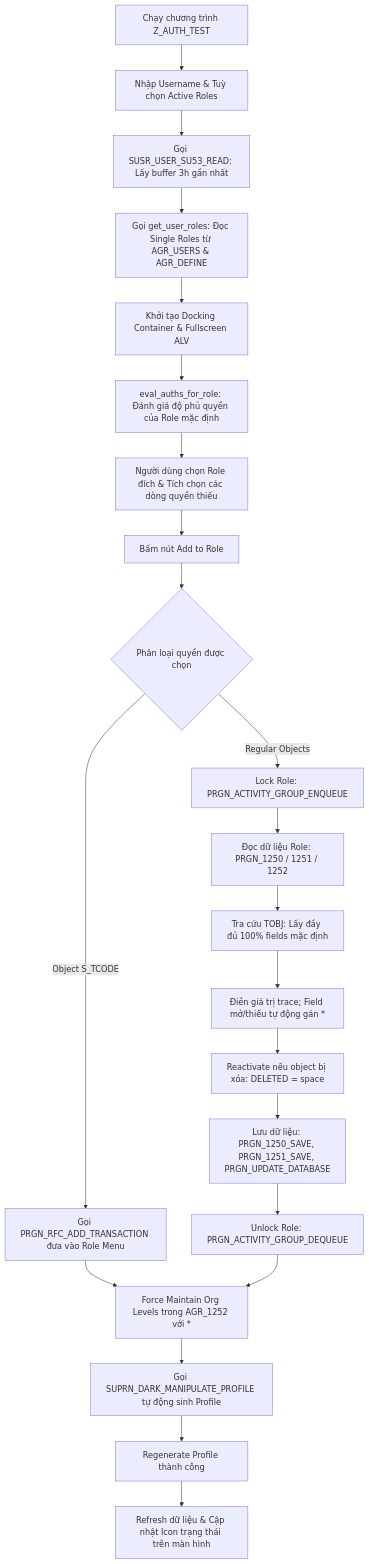
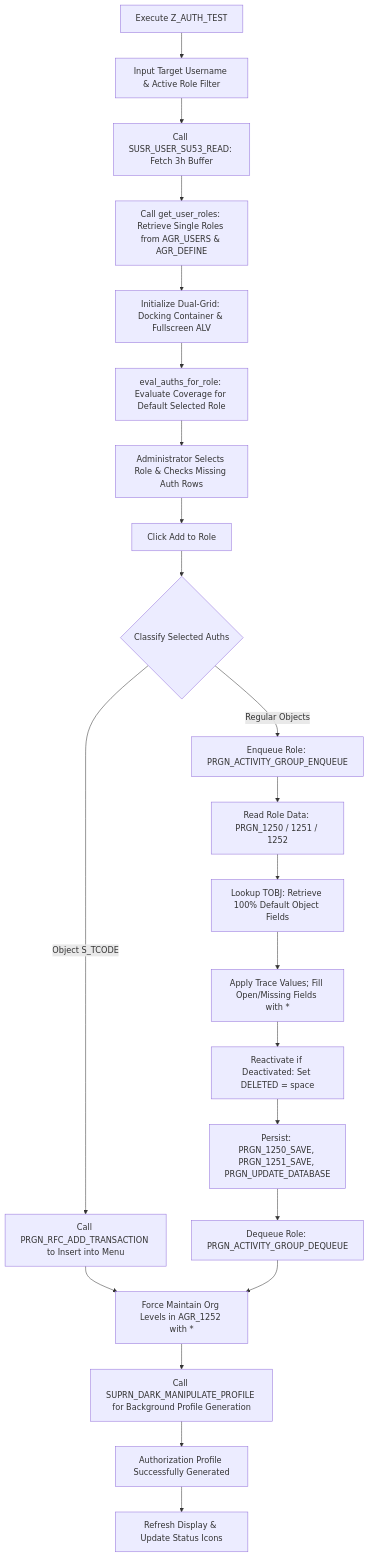
Before and after one commit to luongdk18/SAPABAP: the diagram in docs/Z_AUTH_TEST.md, drawn with Mermaid. The commit also changed other lines of this file and 2 other files, not shown here.

````diff
--- a/docs/Z_AUTH_TEST.md
+++ b/docs/Z_AUTH_TEST.md
@@ -87,24 +88,24 @@
 ```mermaid
 flowchart TD
-    A["Chạy chương trình Z_AUTH_TEST"] --> B["Nhập Username & Tuỳ chọn Active Roles"]
-    B --> C["Gọi SUSR_USER_SU53_READ: Lấy buffer 3h gần nhất"]
-    C --> D["Gọi get_user_roles: Đọc Single Roles từ AGR_USERS & AGR_DEFINE"]
-    D --> E["Khởi tạo Docking Container & Fullscreen ALV"]
-    E --> F["eval_auths_for_role: Đánh giá độ phủ quyền của Role mặc định"]
-    F --> G["Người dùng chọn Role đích & Tích chọn các dòng quyền thiếu"]
-    G --> H["Bấm nút Add to Role"]
-    H --> I{"Phân loại quyền được chọn"}
-    I -->|Object S_TCODE| J["Gọi PRGN_RFC_ADD_TRANSACTION đưa vào Role Menu"]
-    I -->|Regular Objects| K["Lock Role: PRGN_ACTIVITY_GROUP_ENQUEUE"]
-    K --> L["Đọc dữ liệu Role: PRGN_1250 / 1251 / 1252"]
-    L --> M["Tra cứu TOBJ: Lấy đầy đủ 100% fields mặc định"]
-    M --> N["Điền giá trị trace; Field mở/thiếu tự động gán *"]
-    N --> O["Reactivate nếu object bị xóa: DELETED = space"]
-    O --> P["Lưu dữ liệu: PRGN_1250_SAVE, PRGN_1251_SAVE, PRGN_UPDATE_DATABASE"]
-    P --> Q["Unlock Role: PRGN_ACTIVITY_GROUP_DEQUEUE"]
-    J --> R["Force Maintain Org Levels trong AGR_1252 với *"]
+    A["Execute Z_AUTH_TEST"] --> B["Input Target Username & Active Role Filter"]
+    B --> C["Call SUSR_USER_SU53_READ: Fetch 3h Buffer"]
+    C --> D["Call get_user_roles: Retrieve Single Roles from AGR_USERS & AGR_DEFINE"]
+    D --> E["Initialize Dual-Grid: Docking Container & Fullscreen ALV"]
+    E --> F["eval_auths_for_role: Evaluate Coverage for Default Selected Role"]
+    F --> G["Administrator Selects Role & Checks Missing Auth Rows"]
+    G --> H["Click Add to Role"]
+    H --> I{"Classify Selected Auths"}
+    I -->|Object S_TCODE| J["Call PRGN_RFC_ADD_TRANSACTION to Insert into Menu"]
+    I -->|Regular Objects| K["Enqueue Role: PRGN_ACTIVITY_GROUP_ENQUEUE"]
+    K --> L["Read Role Data: PRGN_1250 / 1251 / 1252"]
+    L --> M["Lookup TOBJ: Retrieve 100% Default Object Fields"]
+    M --> N["Apply Trace Values; Fill Open/Missing Fields with *"]
+    N --> O["Reactivate if Deactivated: Set DELETED = space"]
+    O --> P["Persist: PRGN_1250_SAVE, PRGN_1251_SAVE, PRGN_UPDATE_DATABASE"]
+    P --> Q["Dequeue Role: PRGN_ACTIVITY_GROUP_DEQUEUE"]
+    J --> R["Force Maintain Org Levels in AGR_1252 with *"]
     Q --> R
-    R --> S["Gọi SUPRN_DARK_MANIPULATE_PROFILE tự động sinh Profile"]
-    S --> T["Regenerate Profile thành công"]
-    T --> U["Refresh dữ liệu & Cập nhật Icon trạng thái trên màn hình"]
+    R --> S["Call SUPRN_DARK_MANIPULATE_PROFILE for Background Profile Generation"]
+    S --> T["Authorization Profile Successfully Generated"]
+    T --> U["Refresh Display & Update Status Icons"]
 ```
````
